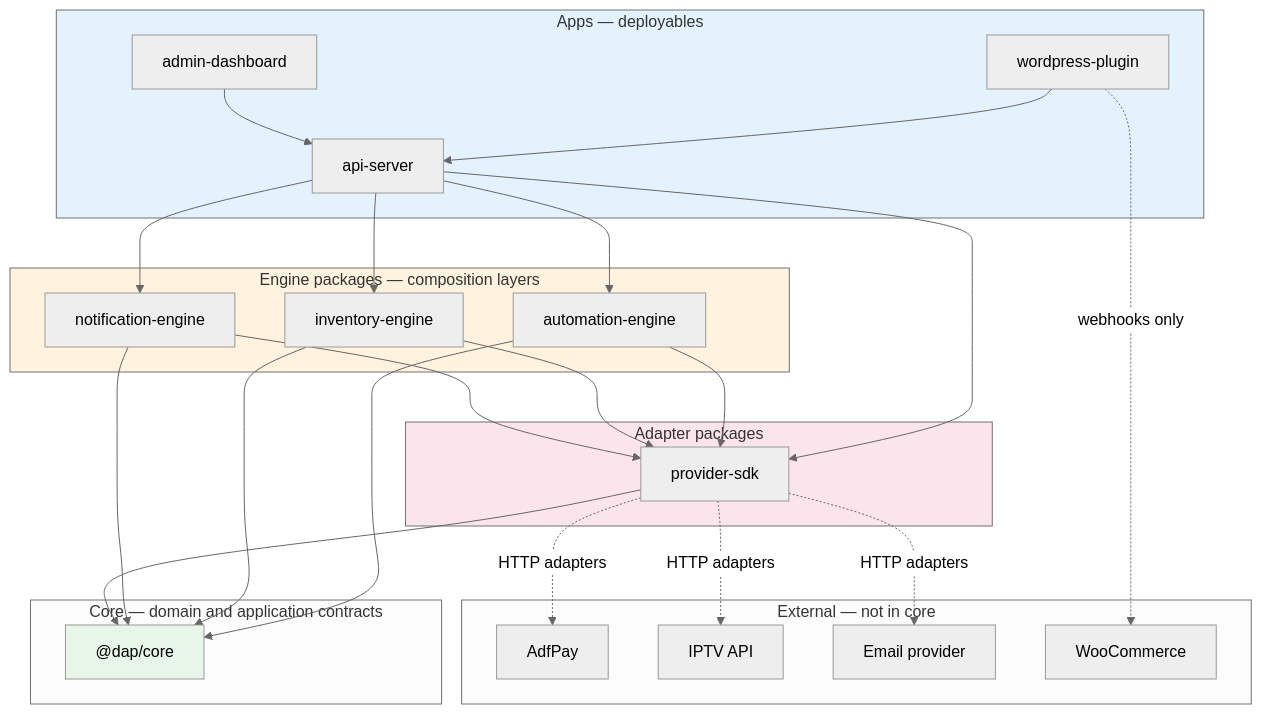
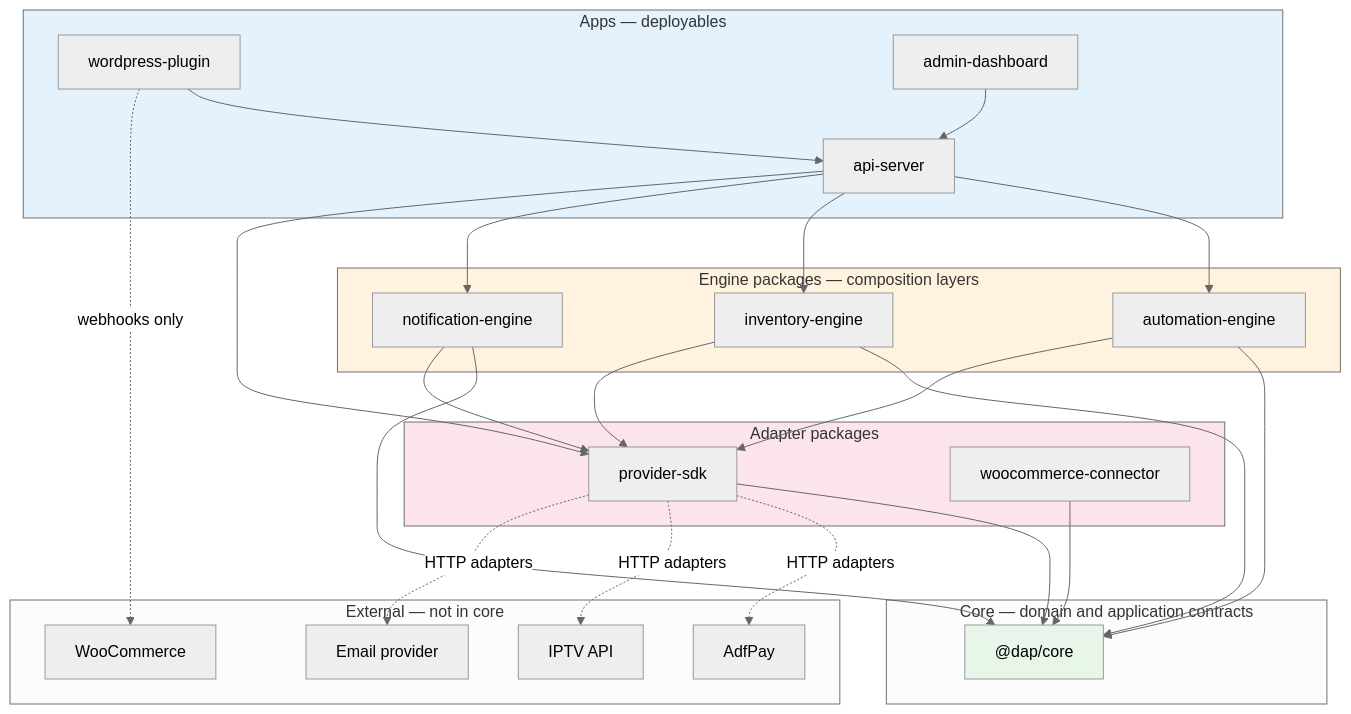
One commit to 00smm1/digital-automation-platform changed the diagram in docs/PACKAGE_BOUNDARIES.md. Above: the diagram before and after it, drawn with Mermaid (neutral theme). The commit also changed other lines of this file and 27 other files, not shown here.

````diff
--- a/docs/PACKAGE_BOUNDARIES.md
+++ b/docs/PACKAGE_BOUNDARIES.md
@@ -11,56 +11,58 @@
 ```mermaid
 flowchart TB
     subgraph apps [Apps — deployables]
         API[api-server]
         WP[wordpress-plugin]
         ADMIN[admin-dashboard]
     end
 
     subgraph engines [Engine packages — composition layers]
         AE[automation-engine]
         IE[inventory-engine]
         NE[notification-engine]
     end
 
     subgraph adapters [Adapter packages]
         PSDk[provider-sdk]
+        WCC[woocommerce-connector]
     end
 
     subgraph core [Core — domain and application contracts]
         CORE["@dap/core"]
     end
 
     subgraph vendors [External — not in core]
         PAY[AdfPay]
         IPTV[IPTV API]
         EMAIL[Email provider]
         WC[WooCommerce]
     end
 
     API --> AE
     API --> IE
     API --> NE
     API --> PSDk
     WP --> API
     ADMIN --> API
 
     AE --> CORE
     IE --> CORE
     NE --> CORE
 
     AE --> PSDk
     IE --> PSDk
     NE --> PSDk
 
     PSDk --> CORE
+    WCC --> CORE
 
     PSDk -.->|HTTP adapters| PAY
     PSDk -.->|HTTP adapters| IPTV
     PSDk -.->|HTTP adapters| EMAIL
     WP -.->|webhooks only| WC
 
     style CORE fill:#e8f5e9
     style apps fill:#e3f2fd
     style engines fill:#fff3e0
     style adapters fill:#fce4ec
 ```
````
